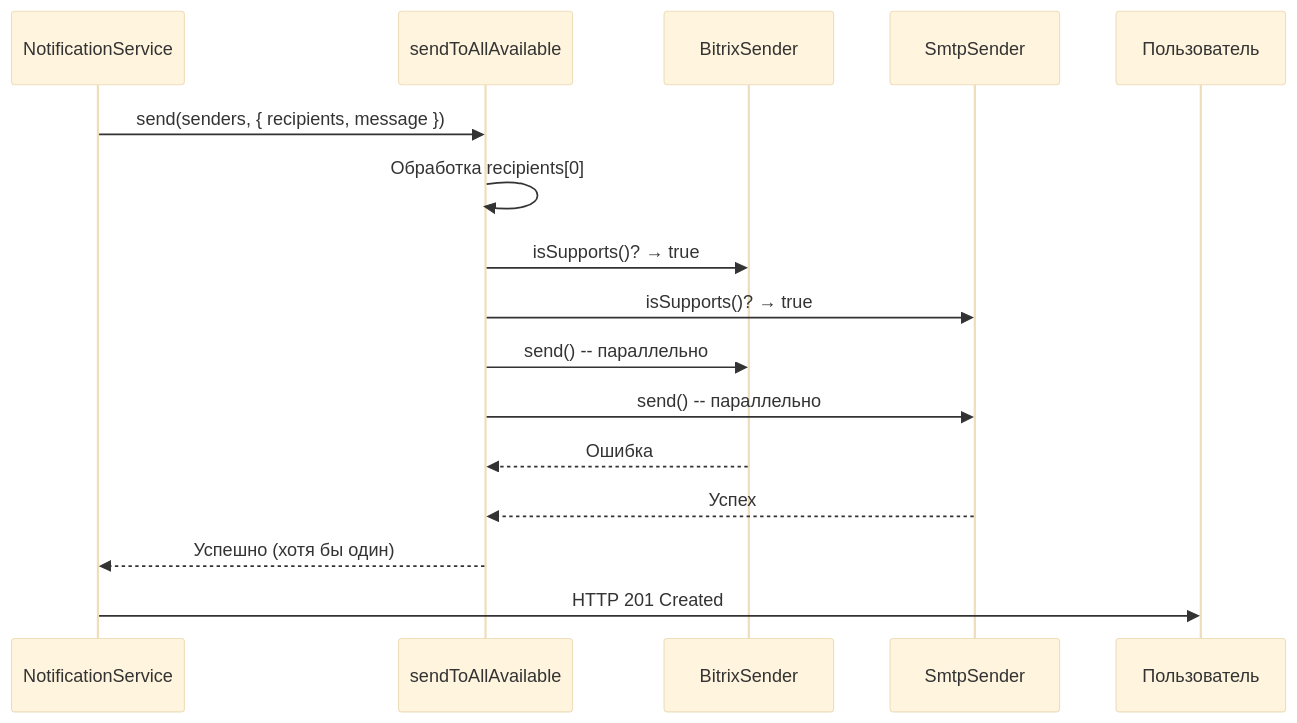
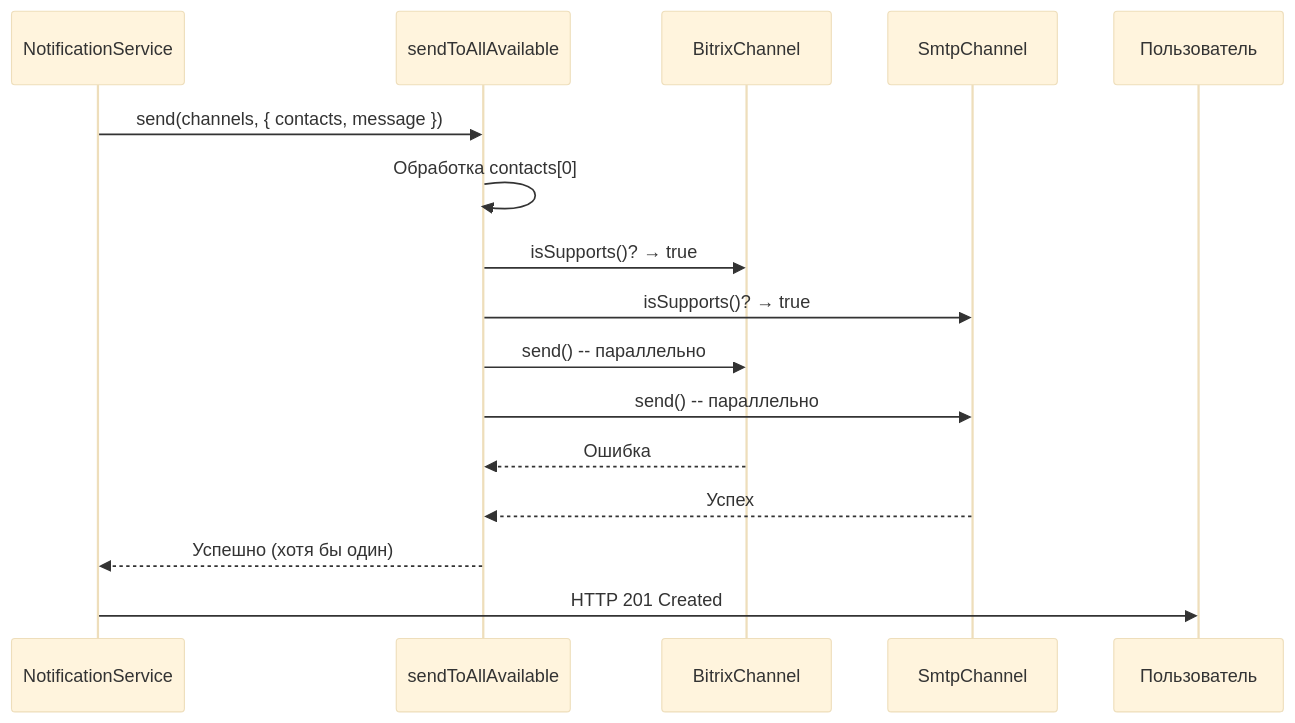
Before and after one commit to andreyantropov/notification-service: the second of 2 diagrams in docs/architecture/strategies.md, drawn with Mermaid (base theme). The commit also changed other lines of this file and 263 other files, not shown here.

````diff
--- a/docs/architecture/strategies.md
+++ b/docs/architecture/strategies.md
@@ -159,24 +159,24 @@
 ```mermaid
 sequenceDiagram
     participant Service as NotificationService
     participant Strategy as sendToAllAvailable
-    participant Bitrix as BitrixSender
-    participant Smtp as SmtpSender
+    participant Bitrix as BitrixChannel
+    participant Smtp as SmtpChannel
     participant User as Пользователь
 
-    Service->>Strategy: send(senders, { recipients, message })
+    Service->>Strategy: send(channels, { contacts, message })
 
-    Strategy->>Strategy: Обработка recipients[0]
+    Strategy->>Strategy: Обработка contacts[0]
 
     Strategy->>Bitrix: isSupports()? → true
     Strategy->>Smtp: isSupports()? → true
 
     Strategy->>Bitrix: send() -- параллельно
     Strategy->>Smtp: send() -- параллельно
 
     Bitrix-->>Strategy: Ошибка
     Smtp-->>Strategy: Успех
 
     Strategy-->>Service: Успешно (хотя бы один)
     Service->>User: HTTP 201 Created
 ```
````
